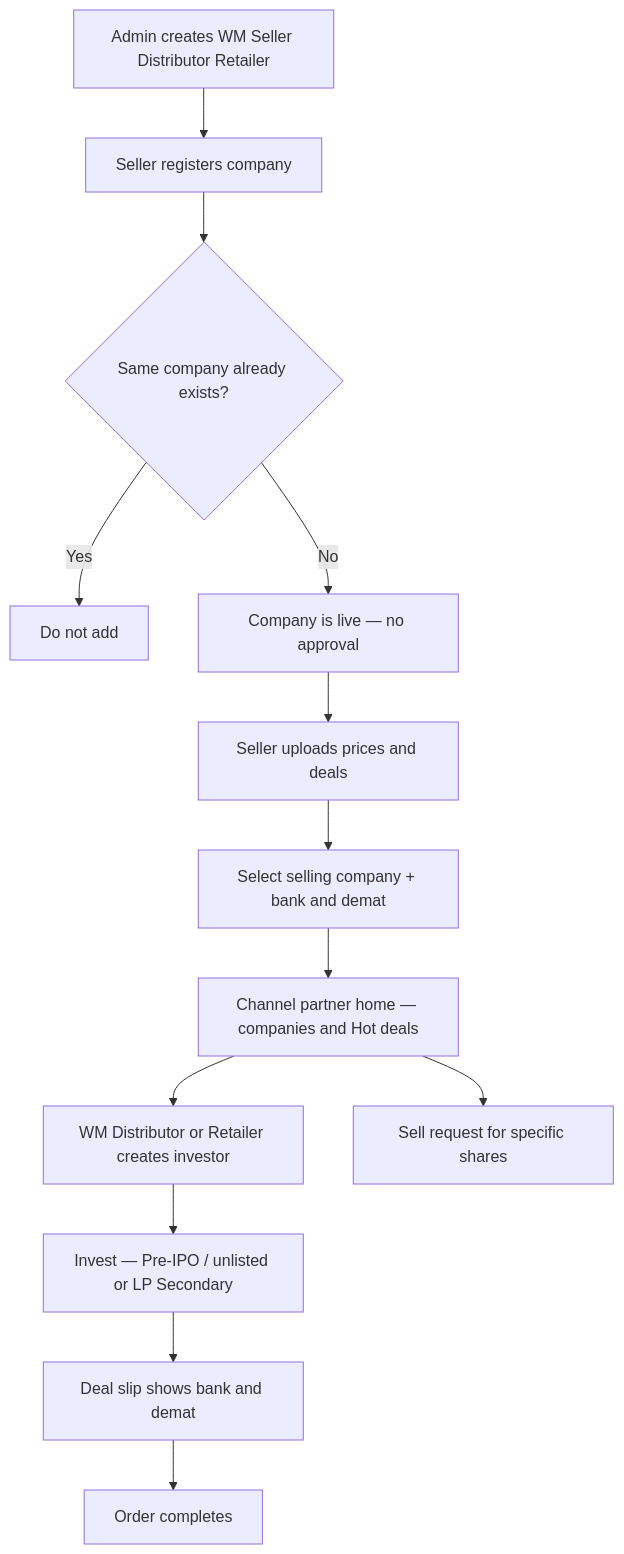
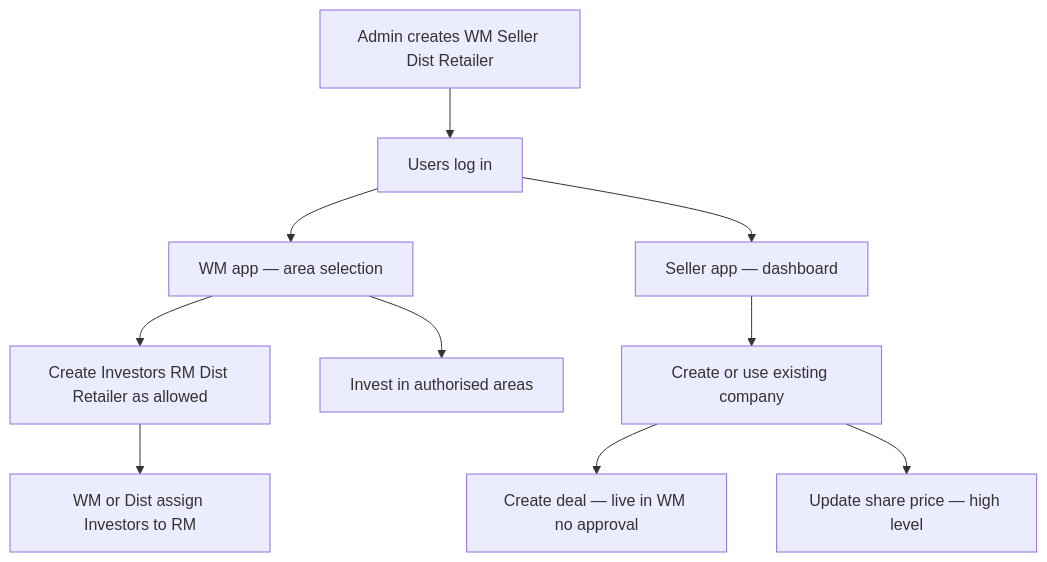
Before and after one commit to kavadevelopers/PrivateDealsBackend: the diagram in docs/new-system/START-HERE.md, drawn with Mermaid. The commit also changed other lines of this file and 27 other files, not shown here.

````diff
--- a/docs/new-system/START-HERE.md
+++ b/docs/new-system/START-HERE.md
@@ -27,15 +37,12 @@
 ```mermaid
 flowchart TD
-  Setup[Admin creates WM Seller Distributor Retailer] --> Company[Seller registers company]
-  Company --> Dup{Same company already exists?}
-  Dup -->|Yes| Stop[Do not add]
-  Dup -->|No| Live[Company is live — no approval]
-  Live --> Commercial[Seller uploads prices and deals]
-  Commercial --> Bound[Select selling company + bank and demat]
-  Bound --> Home[Channel partner home — companies and Hot deals]
-  Home --> Investor[WM Distributor or Retailer creates investor]
-  Investor --> Invest[Invest — Pre-IPO / unlisted or LP Secondary]
-  Invest --> Slip[Deal slip shows bank and demat]
-  Slip --> Done[Order completes]
-  Home --> SellReq[Sell request for specific shares]
+  Admin[Admin creates WM Seller Dist Retailer] --> Login[Users log in]
+  Login --> WMApp[WM app — area selection]
+  Login --> SellerApp[Seller app — dashboard]
+  SellerApp --> Co[Create or use existing company]
+  Co --> Deal[Create deal — live in WM no approval]
+  Co --> Price[Update share price — high level]
+  WMApp --> Users[Create Investors RM Dist Retailer as allowed]
+  Users --> Assign[WM or Dist assign Investors to RM]
+  WMApp --> Invest[Invest in authorised areas]
 ```
````
